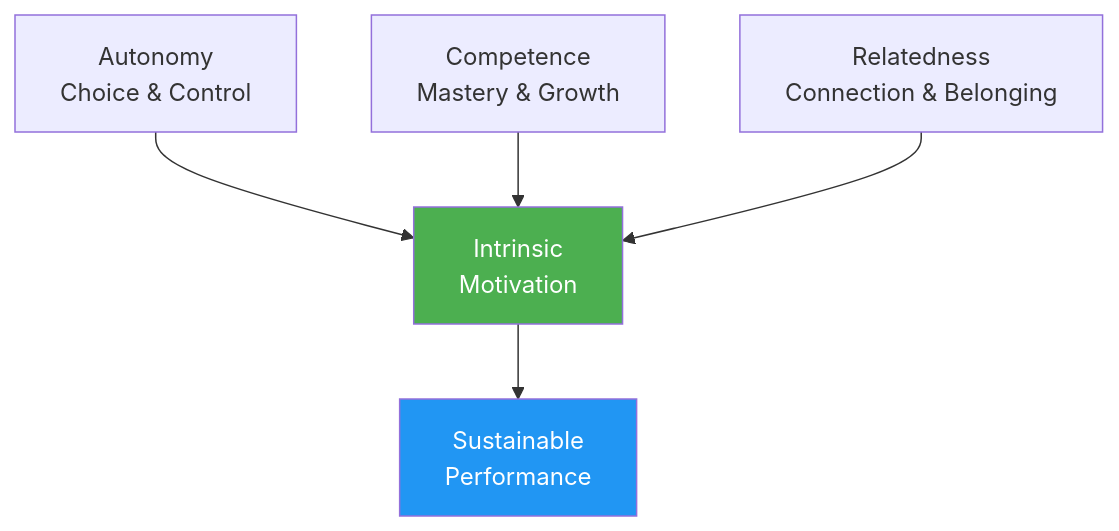
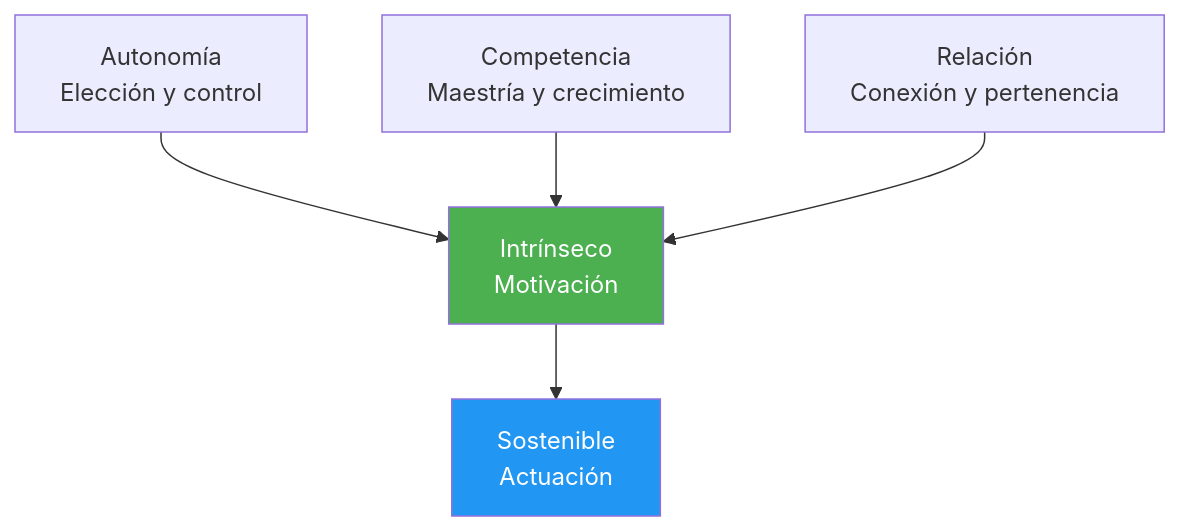
The diagram in docs/es/education/motivation/motivation.md (patwii/petanque-academy), drawn with Mermaid before and after one commit. The commit also changed other lines of this file and 550 other files, not shown here.

````diff
--- a/docs/es/education/motivation/motivation.md
+++ b/docs/es/education/motivation/motivation.md
@@ -121,10 +121,10 @@
 ```mermaid
 graph TD
-    A[Autonomy<br/>Choice & Control] --> D[Intrinsic<br/>Motivation]
-    B[Competence<br/>Mastery & Growth] --> D
-    C[Relatedness<br/>Connection & Belonging] --> D
-    D --> E[Sustainable<br/>Performance]
+    A[Autonomía <br/> Elección y control] --> D[Intrínseco <br/> Motivación]
+    B[Competencia <br/> Maestría y crecimiento] --> D
+    C[Relación <br/> Conexión y pertenencia] --> D
+    D --> E[Sostenible <br/> Actuación]
     
     style D fill:#4CAF50,color:#fff
     style E fill:#2196F3,color:#fff
 ```
````
